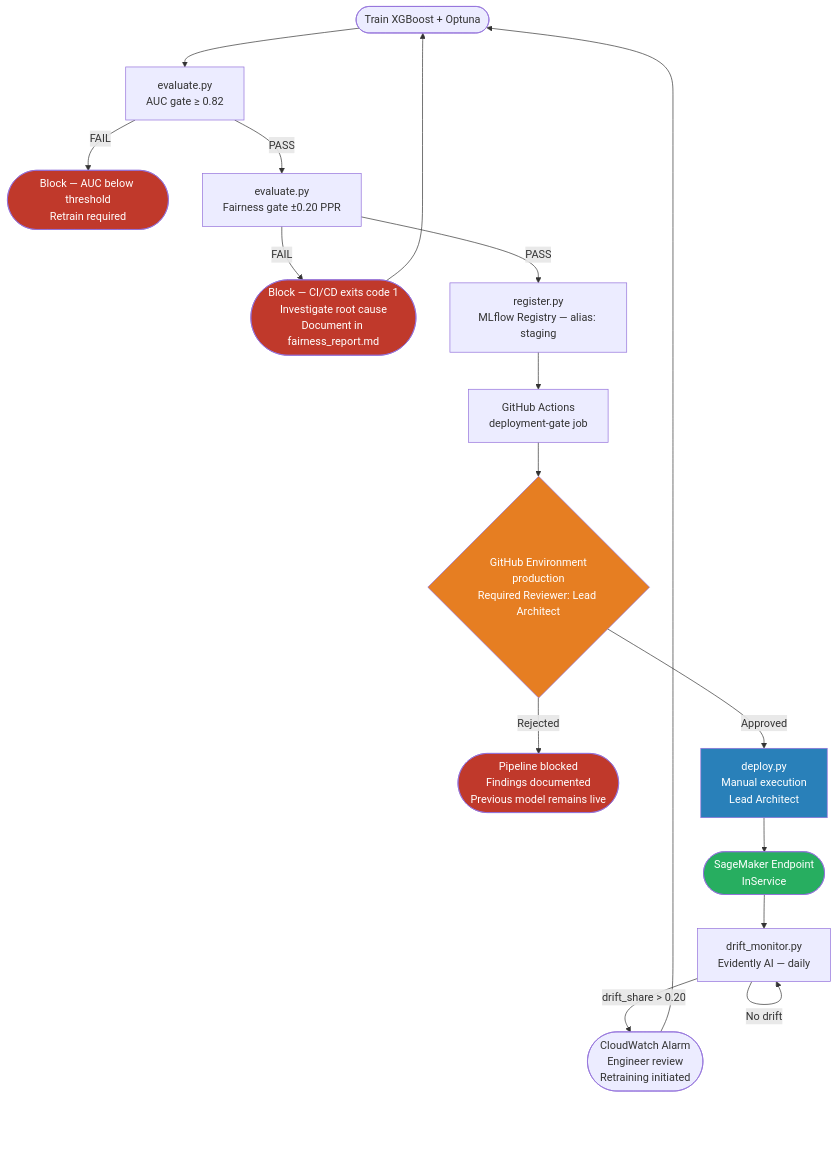
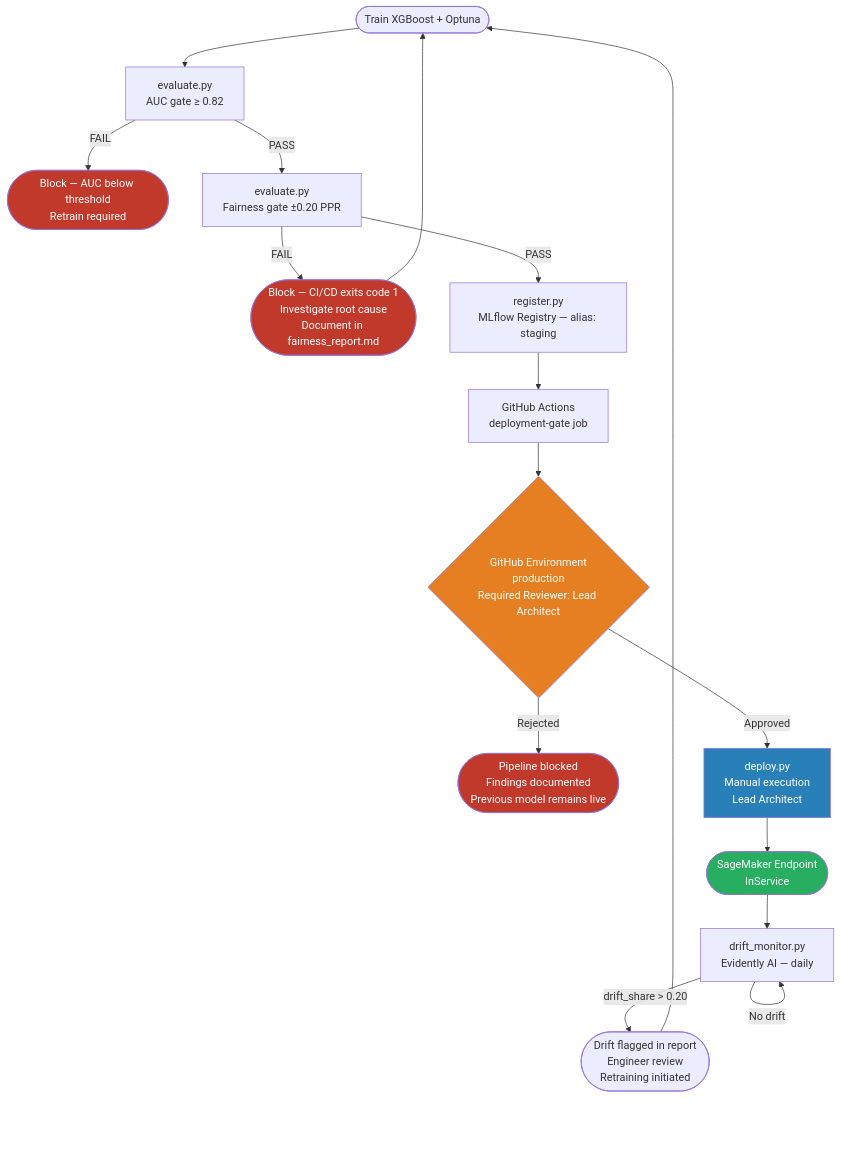
One commit to ai-systems-architect/responsible-mlops-risk-engine changed the diagram in docs/architecture.md. Above: the diagram before and after it, drawn with Mermaid. The commit also changed other lines of this file and 2 other files, not shown here.

Commit message:
docs: correct drift-alarm language — DriftShare metric is published but no alarm/SNS is wired (future work); 3 provisioned alarms cover endpoint health only

````diff
--- a/docs/architecture.md
+++ b/docs/architecture.md
@@ -417,25 +422,25 @@
 ```mermaid
 flowchart TD
     A([Train XGBoost + Optuna]) --> B[evaluate.py\nAUC gate ≥ 0.82]
     B -- FAIL --> C([Block — AUC below threshold\nRetrain required])
     B -- PASS --> D[evaluate.py\nFairness gate ±0.20 PPR]
     D -- FAIL --> E([Block — CI/CD exits code 1\nInvestigate root cause\nDocument in fairness_report.md])
     E --> A
     D -- PASS --> F[register.py\nMLflow Registry — alias: staging]
     F --> G[GitHub Actions\ndeployment-gate job]
     G --> H{GitHub Environment\nproduction\nRequired Reviewer: Lead Architect}
     H -- Rejected --> I([Pipeline blocked\nFindings documented\nPrevious model remains live])
     H -- Approved --> J[deploy.py\nManual execution\nLead Architect]
     J --> K([SageMaker Endpoint\nInService])
     K --> L[drift_monitor.py\nEvidently AI — daily]
-    L -- drift_share > 0.20 --> M([CloudWatch Alarm\nEngineer review\nRetraining initiated])
+    L -- drift_share > 0.20 --> M([Drift flagged in report\nEngineer review\nRetraining initiated])
     M --> A
     L -- No drift --> L
 
     style C fill:#c0392b,color:#fff
     style E fill:#c0392b,color:#fff
     style I fill:#c0392b,color:#fff
     style H fill:#e67e22,color:#fff
     style K fill:#27ae60,color:#fff
     style J fill:#2980b9,color:#fff
 ```
````
